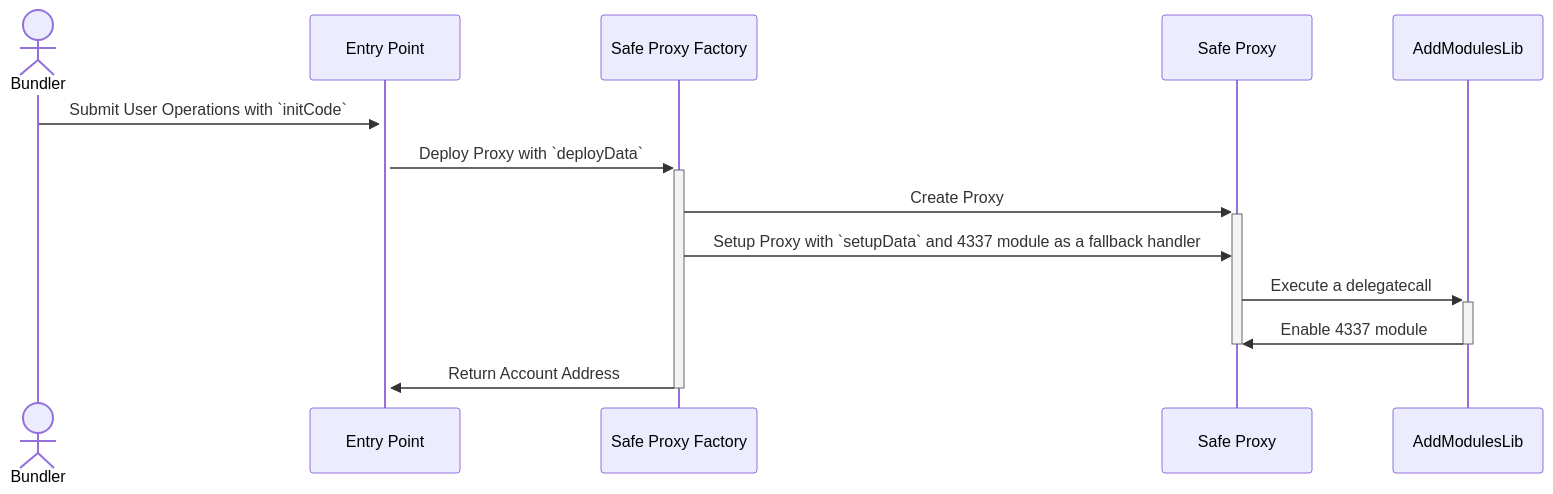
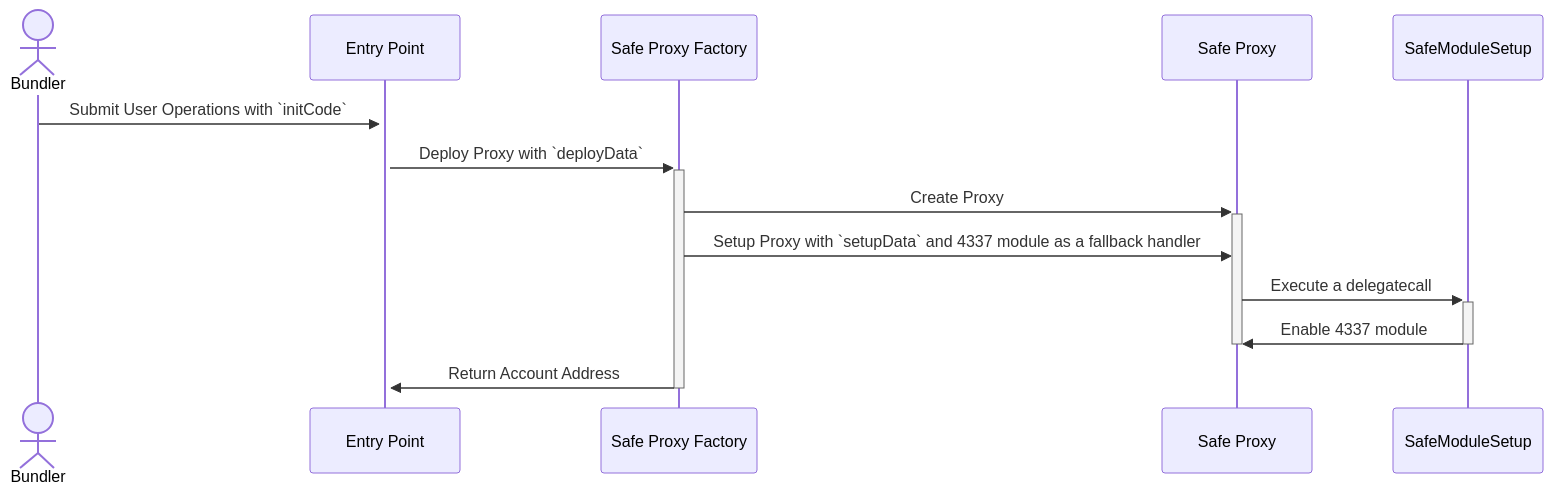
The second of 2 diagrams in modules/4337/README.md (safe-global/safe-modules), drawn with Mermaid before and after one commit. The commit also changed other lines of this file and 16 other files, not shown here.

Commit message:
[N-02] Rename `AddModulesLib` to `SafeModuleSetup`

````diff
--- a/modules/4337/README.md
+++ b/modules/4337/README.md
@@ -102,17 +102,17 @@
 ```mermaid
 sequenceDiagram
     actor B as Bundler
     participant E as Entry Point
     participant F as Safe Proxy Factory
     participant P as Safe Proxy
-    participant L as AddModulesLib
+    participant L as SafeModuleSetup
     B->>+E: Submit User Operations with `initCode`
     E->>+F: Deploy Proxy with `deployData`
     F->>+P: Create Proxy
     F->>P: Setup Proxy with `setupData` and 4337 module as a fallback handler
     P->>+L: Execute a delegatecall
     L->>P: Enable 4337 module
     deactivate L
     deactivate P
     F->>-E: Return Account Address
 ```
````
